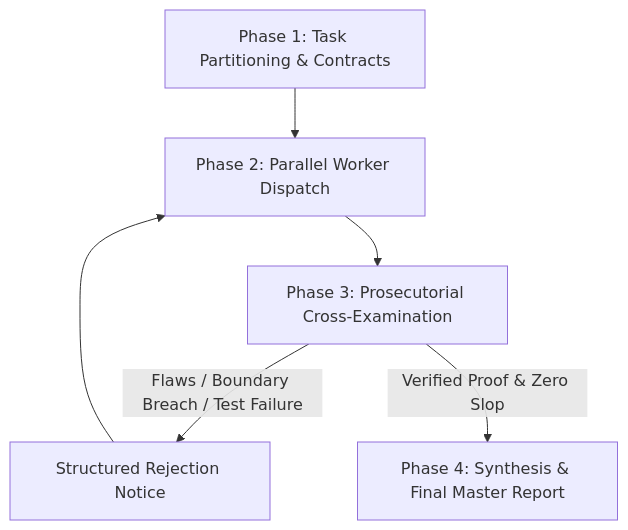
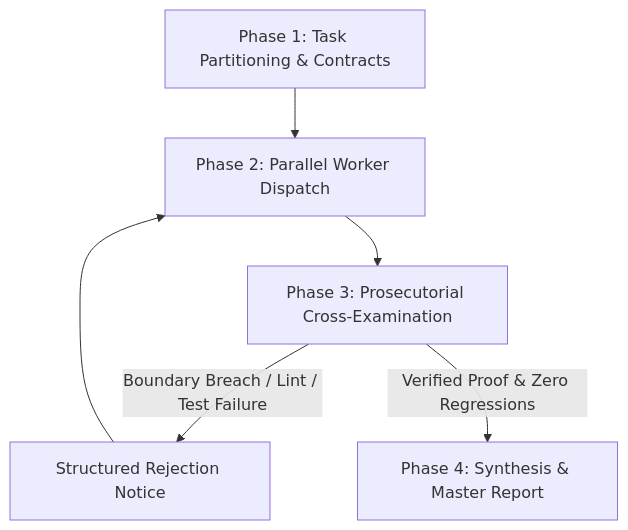
One commit to FahadBinNasir/overwatcher changed the diagram in README.md. Above: the diagram before and after it, drawn with Mermaid. The commit also changed other lines of this file and 9 other files, not shown here.

````diff
--- a/README.md
+++ b/README.md
@@ -53,8 +73,8 @@
 ```mermaid
 flowchart TD
     A[Phase 1: Task Partitioning & Contracts] --> B[Phase 2: Parallel Worker Dispatch]
     B --> C[Phase 3: Prosecutorial Cross-Examination]
-    C -->|Flaws / Boundary Breach / Test Failure| D[Structured Rejection Notice]
+    C -->|Boundary Breach / Lint / Test Failure| D[Structured Rejection Notice]
     D --> B
-    C -->|Verified Proof & Zero Slop| E[Phase 4: Synthesis & Final Master Report]
+    C -->|Verified Proof & Zero Regressions| E[Phase 4: Synthesis & Master Report]
 ```
````
